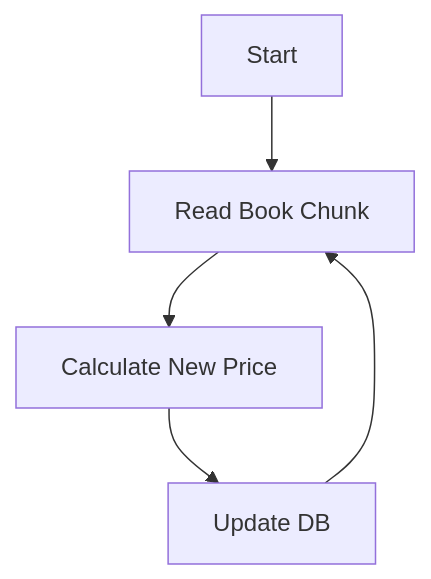
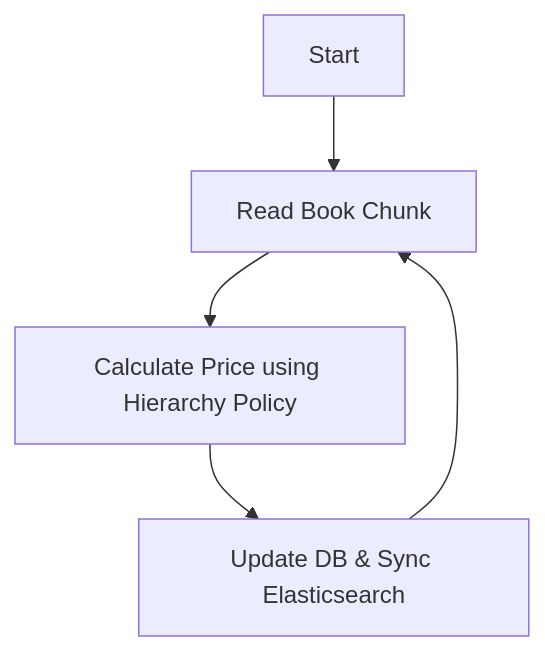
One commit to nhnacademy-be12-4vidia/4vidia-batch-service changed the diagram in docs/wiki/batch_jobs/DiscountRepriceJob.md. Above: the diagram before and after it, drawn with Mermaid. The commit also changed other lines of this file and 4 other files, not shown here.

````diff
--- a/docs/wiki/batch_jobs/DiscountRepriceJob.md
+++ b/docs/wiki/batch_jobs/DiscountRepriceJob.md
@@ -8,7 +8,7 @@
 ```mermaid
 graph TD
     A[Start] --> B[Read Book Chunk]
-    B --> C[Calculate New Price]
-    C --> D[Update DB]
+    B --> C[Calculate Price using Hierarchy Policy]
+    C --> D[Update DB & Sync Elasticsearch]
     D --> B
 ```
````
